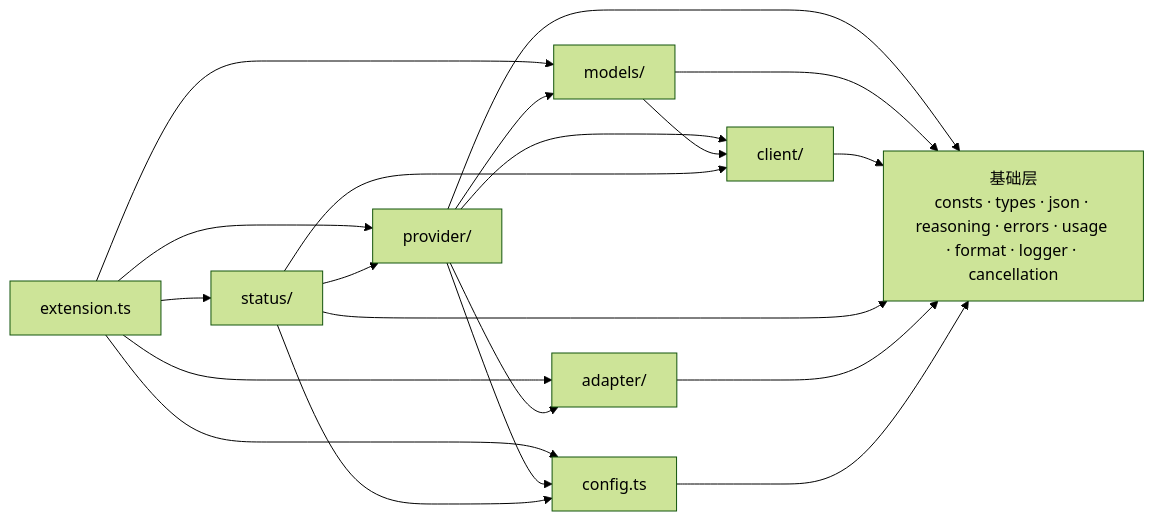
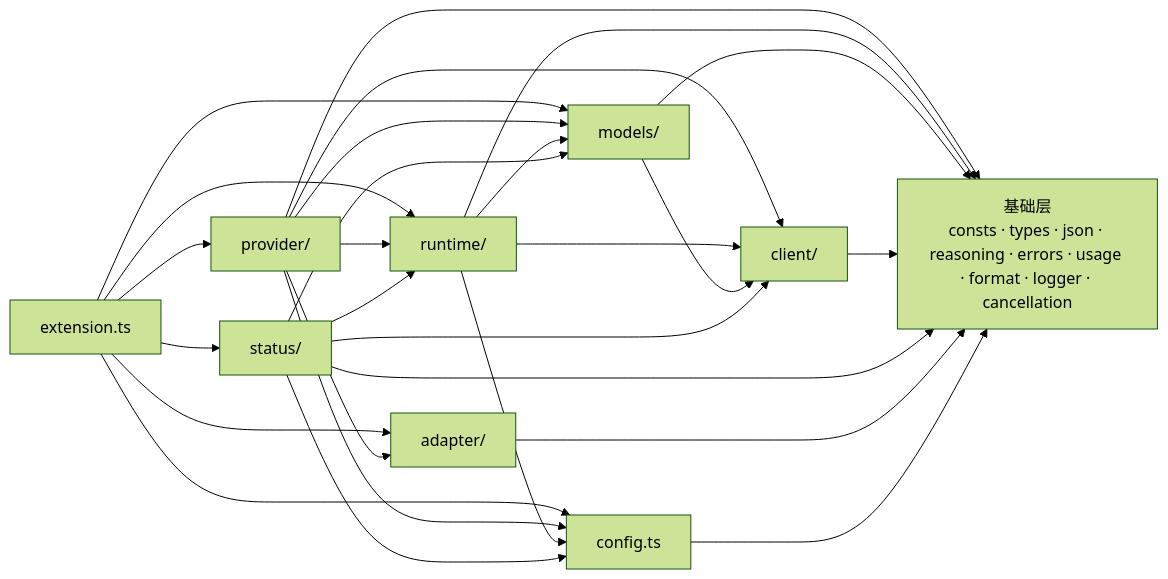
One commit to zephyraluco/newapi-copilot-chat changed the fifth of 5 diagrams in docs/ARCHITECTURE.md. Above: the diagram before and after it, drawn with Mermaid (forest theme). The commit also changed other lines of this file and 26 other files, not shown here.

````diff
--- a/docs/ARCHITECTURE.md
+++ b/docs/ARCHITECTURE.md
@@ -260,31 +259,39 @@
 ```mermaid
 flowchart LR
     ext["extension.ts"]
     provider["provider/"]
+    runtime["runtime/"]
     models["models/"]
     client["client/"]
     adapter["adapter/"]
     status["status/"]
     config["config.ts"]
     base["基础层<br/>consts · types · json · reasoning · errors · usage · format · logger · cancellation"]
 
     ext --> provider
     ext --> status
     ext --> adapter
     ext --> config
     ext --> models
+    ext --> runtime
+    provider --> runtime
     provider --> models
     provider --> client
     provider --> adapter
     provider --> config
+    runtime --> models
+    runtime --> client
+    runtime --> config
     models --> client
+    status --> runtime
+    status --> models
     status --> client
-    status --> provider
     status --> config
     provider --> base
+    runtime --> base
     models --> base
     client --> base
     status --> base
     adapter --> base
     config --> base
 ```
````
